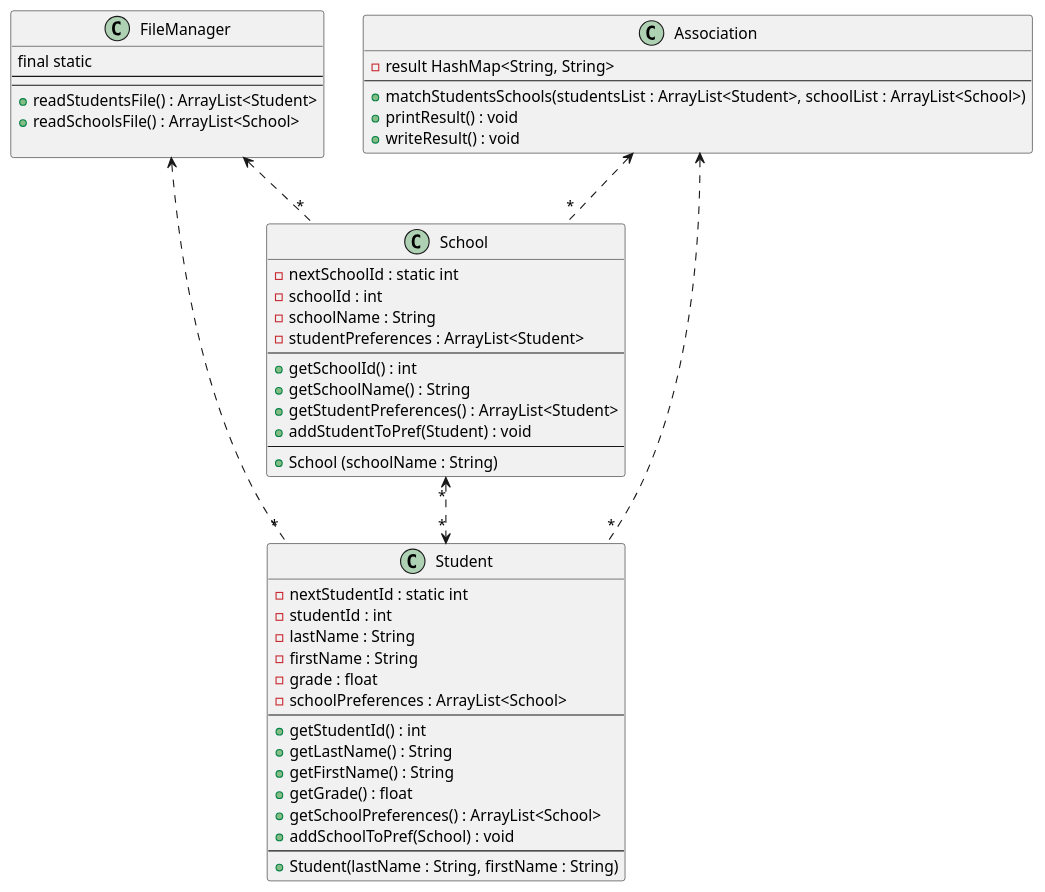
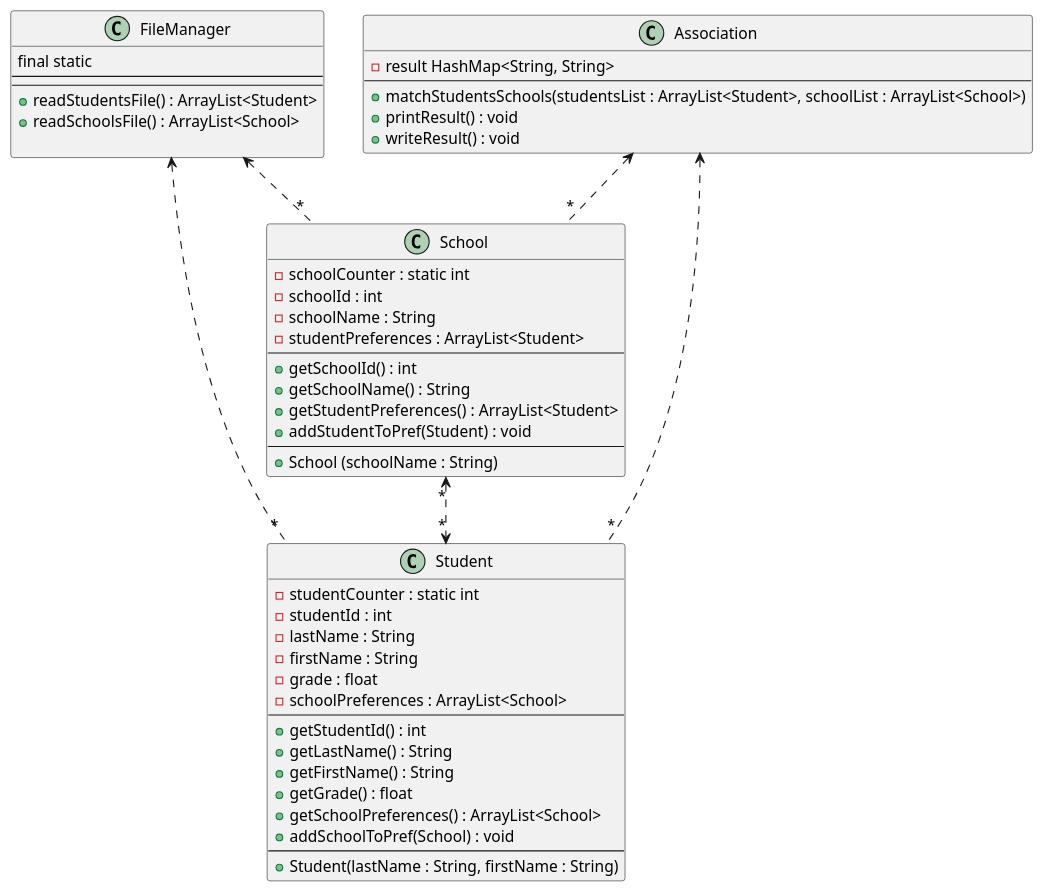
The diagram in uml/ProjectDiagram.puml (Yanis-Kouidri/mini-parcoursup), drawn with PlantUML before and after one commit.

Commit message:
update uml

```diff
--- a/uml/ProjectDiagram.puml
+++ b/uml/ProjectDiagram.puml
@@ -1,66 +1,63 @@
 @startuml
 'https://plantuml.com/class-diagram
 
 
-
 class Student {
-- nextStudentId : static int
+- studentCounter : static int
 - studentId : int
 - lastName : String
 - firstName : String
 - grade : float
 - schoolPreferences : ArrayList<School>
 ----
 + getStudentId() : int
 + getLastName() : String
 + getFirstName() : String
 + getGrade() : float
 + getSchoolPreferences() : ArrayList<School>
 + addSchoolToPref(School) : void
 ----
 + Student(lastName : String, firstName : String)
 }
 
 class School {
-- nextSchoolId : static int
+- schoolCounter : static int
 - schoolId : int
 - schoolName : String
 - studentPreferences : ArrayList<Student>
 ----
 + getSchoolId() : int
 + getSchoolName() : String
 + getStudentPreferences() : ArrayList<Student>
 + addStudentToPref(Student) : void
 ----
 + School (schoolName : String)
 }
 
 class FileManager {
 final static
 ----
 ----
 + readStudentsFile() : ArrayList<Student>
 + readSchoolsFile() : ArrayList<School>
 
 }
 
 class Association {
 - result HashMap<String, String>
 ----
 + matchStudentsSchools(studentsList : ArrayList<Student>, schoolList : ArrayList<School>)
 + printResult() : void
 + writeResult() : void
 }
 
 School "*" <..> "*" Student
 'School "0..1" -- "0..*" Student
 FileManager <.. "*" Student
 FileManager <.. "*" School
 
 Association <.. "*" Student
 Association <.. "*" School
 
 
-
-
 @enduml
```
